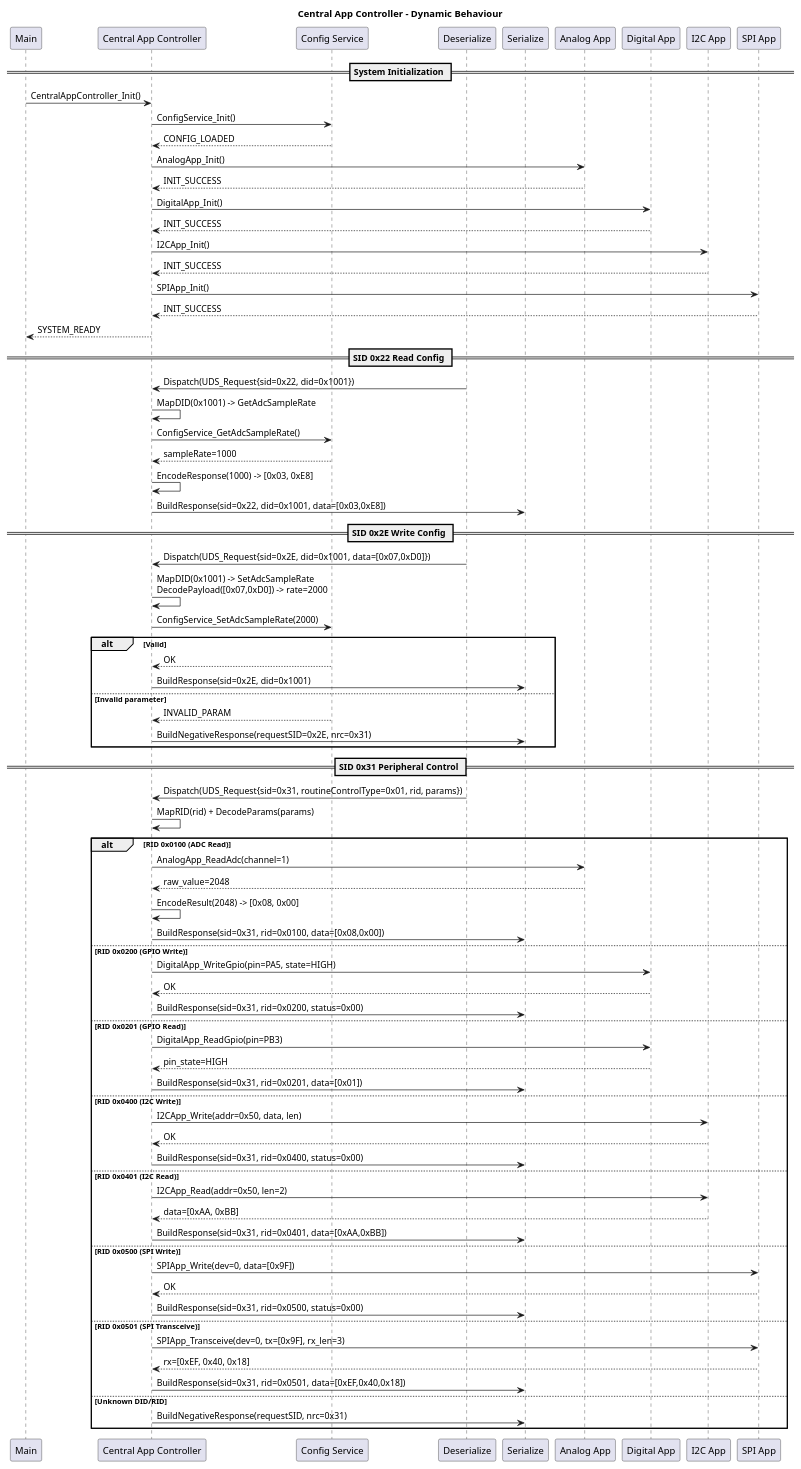
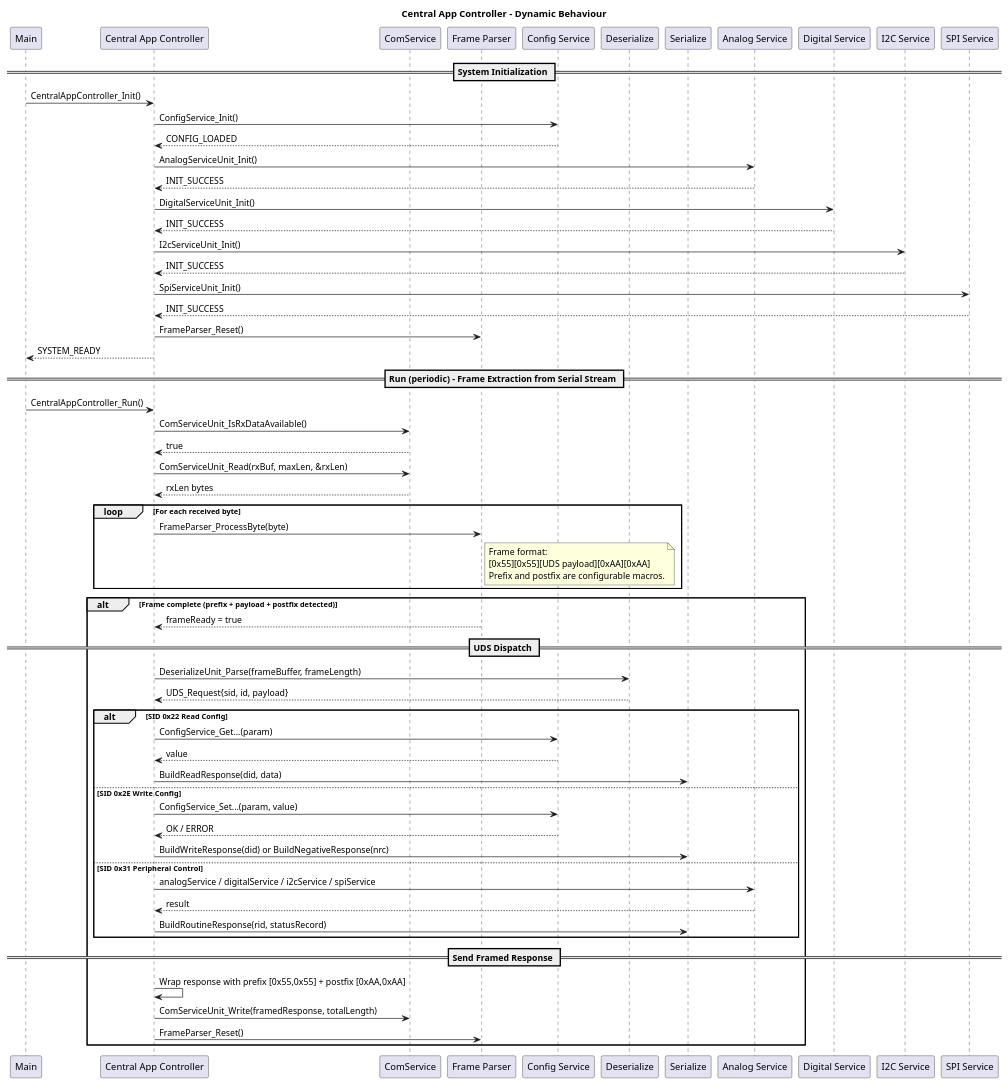
One commit to LinhTrucVo/Bico_Protocol_Bridge changed the diagram in 2_architecture/fucntionView/layer3Application/centralAppController/dynamicBehaviour.puml. Above: the diagram before and after it, drawn with PlantUML. The commit also changed 195 other files, not shown here.

Commit message:
rename analogApp, digitalApp, i2cApp, spiApp to xxxService then move them to layer2, update related document also

```diff
--- a/2_architecture/fucntionView/layer3Application/centralAppController/dynamicBehaviour.puml
+++ b/2_architecture/fucntionView/layer3Application/centralAppController/dynamicBehaviour.puml
@@ -1,92 +1,74 @@
 @startuml
 title Central App Controller - Dynamic Behaviour
 
 participant "Main" as MAIN
 participant "Central App Controller" as CAC
+participant "ComService" as COM
+participant "Frame Parser" as FP
 participant "Config Service" as CS
 participant "Deserialize" as DES
 participant "Serialize" as SER
-participant "Analog App" as AA
-participant "Digital App" as DA
-participant "I2C App" as I2C
-participant "SPI App" as SPI
+participant "Analog Service" as AA
+participant "Digital Service" as DA
+participant "I2C Service" as I2C
+participant "SPI Service" as SPI
 
 == System Initialization ==
 MAIN -> CAC : CentralAppController_Init()
 CAC -> CS : ConfigService_Init()
 CS --> CAC : CONFIG_LOADED
-CAC -> AA : AnalogApp_Init()
+CAC -> AA : AnalogServiceUnit_Init()
 AA --> CAC : INIT_SUCCESS
-CAC -> DA : DigitalApp_Init()
+CAC -> DA : DigitalServiceUnit_Init()
 DA --> CAC : INIT_SUCCESS
-CAC -> I2C : I2CApp_Init()
+CAC -> I2C : I2cServiceUnit_Init()
 I2C --> CAC : INIT_SUCCESS
-CAC -> SPI : SPIApp_Init()
+CAC -> SPI : SpiServiceUnit_Init()
 SPI --> CAC : INIT_SUCCESS
+CAC -> FP : FrameParser_Reset()
 CAC --> MAIN : SYSTEM_READY
 
-== SID 0x22 Read Config ==
-DES -> CAC : Dispatch(UDS_Request{sid=0x22, did=0x1001})
-CAC -> CAC : MapDID(0x1001) -> GetAdcSampleRate
-CAC -> CS : ConfigService_GetAdcSampleRate()
-CS --> CAC : sampleRate=1000
-CAC -> CAC : EncodeResponse(1000) -> [0x03, 0xE8]
-CAC -> SER : BuildResponse(sid=0x22, did=0x1001, data=[0x03,0xE8])
+== Run (periodic) - Frame Extraction from Serial Stream ==
+MAIN -> CAC : CentralAppController_Run()
+CAC -> COM : ComServiceUnit_IsRxDataAvailable()
+COM --> CAC : true
+CAC -> COM : ComServiceUnit_Read(rxBuf, maxLen, &rxLen)
+COM --> CAC : rxLen bytes
 
-== SID 0x2E Write Config ==
-DES -> CAC : Dispatch(UDS_Request{sid=0x2E, did=0x1001, data=[0x07,0xD0]})
-CAC -> CAC : MapDID(0x1001) -> SetAdcSampleRate\nDecodePayload([0x07,0xD0]) -> rate=2000
-CAC -> CS : ConfigService_SetAdcSampleRate(2000)
-alt Valid
-    CS --> CAC : OK
-    CAC -> SER : BuildResponse(sid=0x2E, did=0x1001)
-else Invalid parameter
-    CS --> CAC : INVALID_PARAM
-    CAC -> SER : BuildNegativeResponse(requestSID=0x2E, nrc=0x31)
+loop For each received byte
+    CAC -> FP : FrameParser_ProcessByte(byte)
+    note right of FP
+      Frame format:
+      [0x55][0x55][UDS payload][0xAA][0xAA]
+      Prefix and postfix are configurable macros.
+    end note
 end
 
-== SID 0x31 Peripheral Control ==
-DES -> CAC : Dispatch(UDS_Request{sid=0x31, routineControlType=0x01, rid, params})
-CAC -> CAC : MapRID(rid) + DecodeParams(params)
+alt Frame complete (prefix + payload + postfix detected)
+    FP --> CAC : frameReady = true
 
-alt RID 0x0100 (ADC Read)
-    CAC -> AA : AnalogApp_ReadAdc(channel=1)
-    AA --> CAC : raw_value=2048
-    CAC -> CAC : EncodeResult(2048) -> [0x08, 0x00]
-    CAC -> SER : BuildResponse(sid=0x31, rid=0x0100, data=[0x08,0x00])
+    == UDS Dispatch ==
+    CAC -> DES : DeserializeUnit_Parse(frameBuffer, frameLength)
+    DES --> CAC : UDS_Request{sid, id, payload}
 
-else RID 0x0200 (GPIO Write)
-    CAC -> DA : DigitalApp_WriteGpio(pin=PA5, state=HIGH)
-    DA --> CAC : OK
-    CAC -> SER : BuildResponse(sid=0x31, rid=0x0200, status=0x00)
+    alt SID 0x22 Read Config
+        CAC -> CS : ConfigService_Get...(param)
+        CS --> CAC : value
+        CAC -> SER : BuildReadResponse(did, data)
+    else SID 0x2E Write Config
+        CAC -> CS : ConfigService_Set...(param, value)
+        CS --> CAC : OK / ERROR
+        CAC -> SER : BuildWriteResponse(did) or BuildNegativeResponse(nrc)
+    else SID 0x31 Peripheral Control
+        CAC -> AA : analogService / digitalService / i2cService / spiService
+        AA --> CAC : result
+        CAC -> SER : BuildRoutineResponse(rid, statusRecord)
+    end
 
-else RID 0x0201 (GPIO Read)
-    CAC -> DA : DigitalApp_ReadGpio(pin=PB3)
-    DA --> CAC : pin_state=HIGH
-    CAC -> SER : BuildResponse(sid=0x31, rid=0x0201, data=[0x01])
-
-else RID 0x0400 (I2C Write)
-    CAC -> I2C : I2CApp_Write(addr=0x50, data, len)
-    I2C --> CAC : OK
-    CAC -> SER : BuildResponse(sid=0x31, rid=0x0400, status=0x00)
-
-else RID 0x0401 (I2C Read)
-    CAC -> I2C : I2CApp_Read(addr=0x50, len=2)
-    I2C --> CAC : data=[0xAA, 0xBB]
-    CAC -> SER : BuildResponse(sid=0x31, rid=0x0401, data=[0xAA,0xBB])
-
-else RID 0x0500 (SPI Write)
-    CAC -> SPI : SPIApp_Write(dev=0, data=[0x9F])
-    SPI --> CAC : OK
-    CAC -> SER : BuildResponse(sid=0x31, rid=0x0500, status=0x00)
-
-else RID 0x0501 (SPI Transceive)
-    CAC -> SPI : SPIApp_Transceive(dev=0, tx=[0x9F], rx_len=3)
-    SPI --> CAC : rx=[0xEF, 0x40, 0x18]
-    CAC -> SER : BuildResponse(sid=0x31, rid=0x0501, data=[0xEF,0x40,0x18])
-
-else Unknown DID/RID
-    CAC -> SER : BuildNegativeResponse(requestSID, nrc=0x31)
+    == Send Framed Response ==
+    CAC -> CAC : Wrap response with prefix [0x55,0x55] + postfix [0xAA,0xAA]
+    CAC -> COM : ComServiceUnit_Write(framedResponse, totalLength)
+    CAC -> FP : FrameParser_Reset()
 end
 
 @enduml
```
